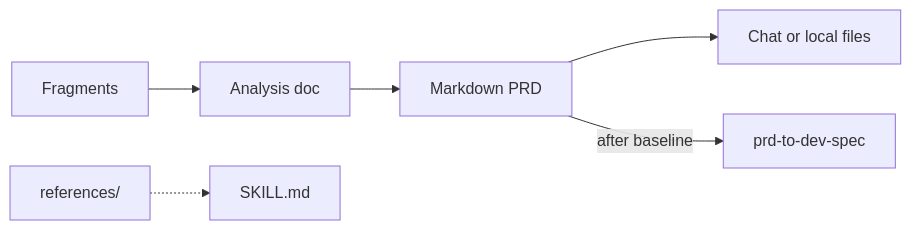
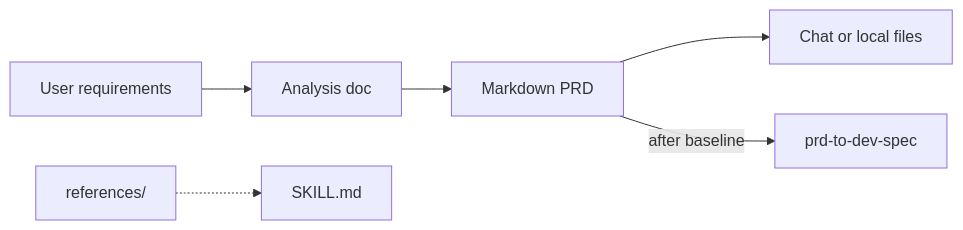
One commit to Lucky2024-pllove/req-to-prd-to-dev-eng-all-skills changed the diagram in requirements-to-prd/README.en.md. Above: the diagram before and after it, drawn with Mermaid. The commit also changed other lines of this file and 4 other files, not shown here.

First line of the commit message:
docs: standardize on 用户需求 / user requirements in READMEs

````diff
--- a/requirements-to-prd/README.en.md
+++ b/requirements-to-prd/README.en.md
@@ -77,8 +77,8 @@
 ```mermaid
 flowchart LR
-  U[Fragments] --> A[Analysis doc]
+  U[User requirements] --> A[Analysis doc]
   A --> P[Markdown PRD]
   P --> C[Chat or local files]
   R[references/] -.-> S[SKILL.md]
   P -->|after baseline| N[prd-to-dev-spec]
 ```
````
